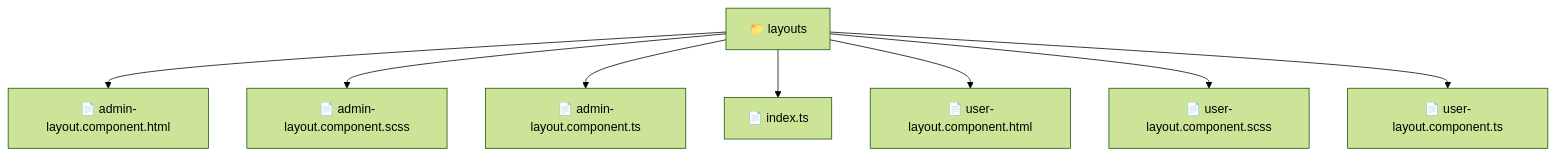
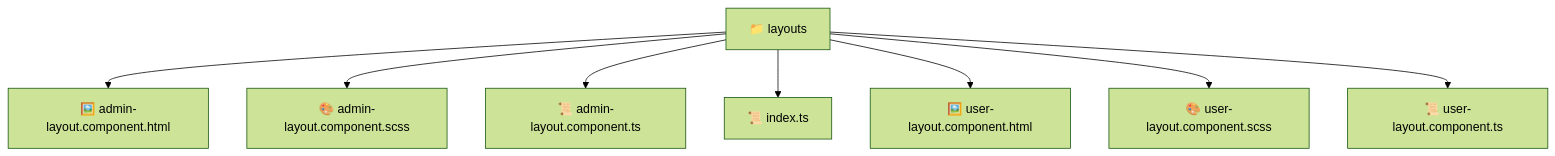
Before and after one commit to beginwebdev2002/fullstack-mavluda: the diagram in frontend/src/widgets/layouts/README.md, drawn with Mermaid (forest theme). The commit also changed other lines of this file and 163 other files, not shown here.

````diff
--- a/frontend/src/widgets/layouts/README.md
+++ b/frontend/src/widgets/layouts/README.md
@@ -11,11 +11,11 @@
 ```mermaid
 graph TD
-  Root["📁 layouts"]
-  Root --> admin_layout_component_html["📄 admin-layout.component.html"]
-  Root --> admin_layout_component_scss["📄 admin-layout.component.scss"]
-  Root --> admin_layout_component_ts["📄 admin-layout.component.ts"]
-  Root --> index_ts["📄 index.ts"]
-  Root --> user_layout_component_html["📄 user-layout.component.html"]
-  Root --> user_layout_component_scss["📄 user-layout.component.scss"]
-  Root --> user_layout_component_ts["📄 user-layout.component.ts"]
+  layouts["📁 layouts"]
+  layouts --> admin_layout_component_html["🖼️ admin-layout.component.html"]
+  layouts --> admin_layout_component_scss["🎨 admin-layout.component.scss"]
+  layouts --> admin_layout_component_ts["📜 admin-layout.component.ts"]
+  layouts --> index_ts["📜 index.ts"]
+  layouts --> user_layout_component_html["🖼️ user-layout.component.html"]
+  layouts --> user_layout_component_scss["🎨 user-layout.component.scss"]
+  layouts --> user_layout_component_ts["📜 user-layout.component.ts"]
 ```
````
